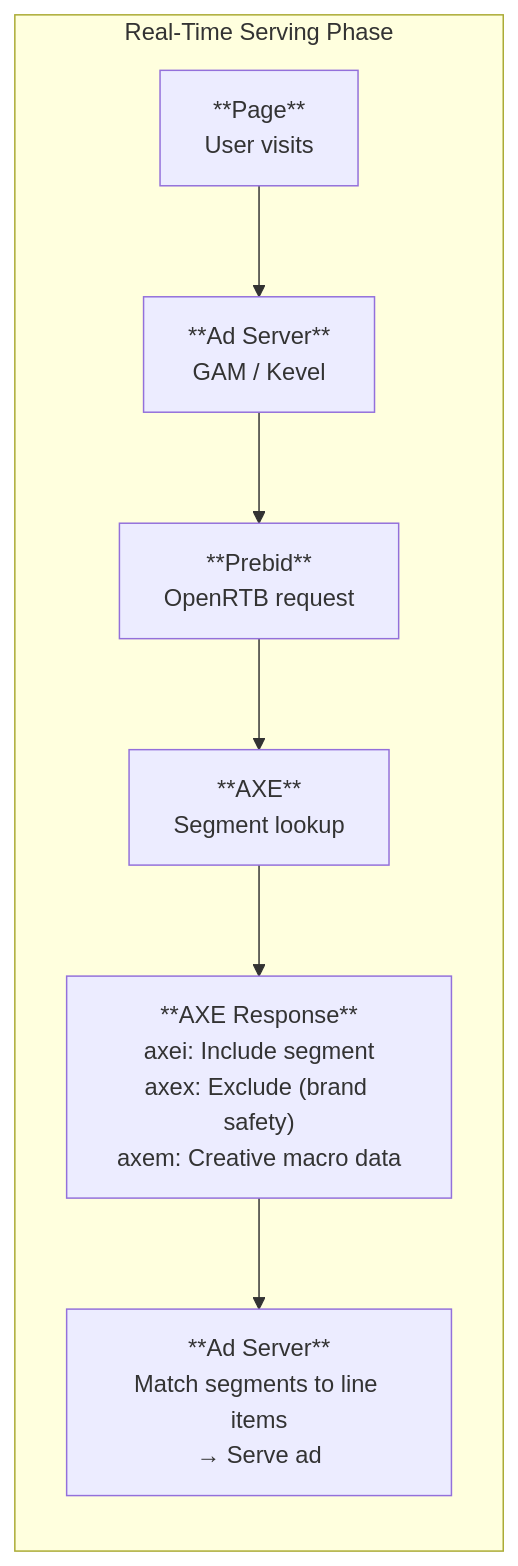
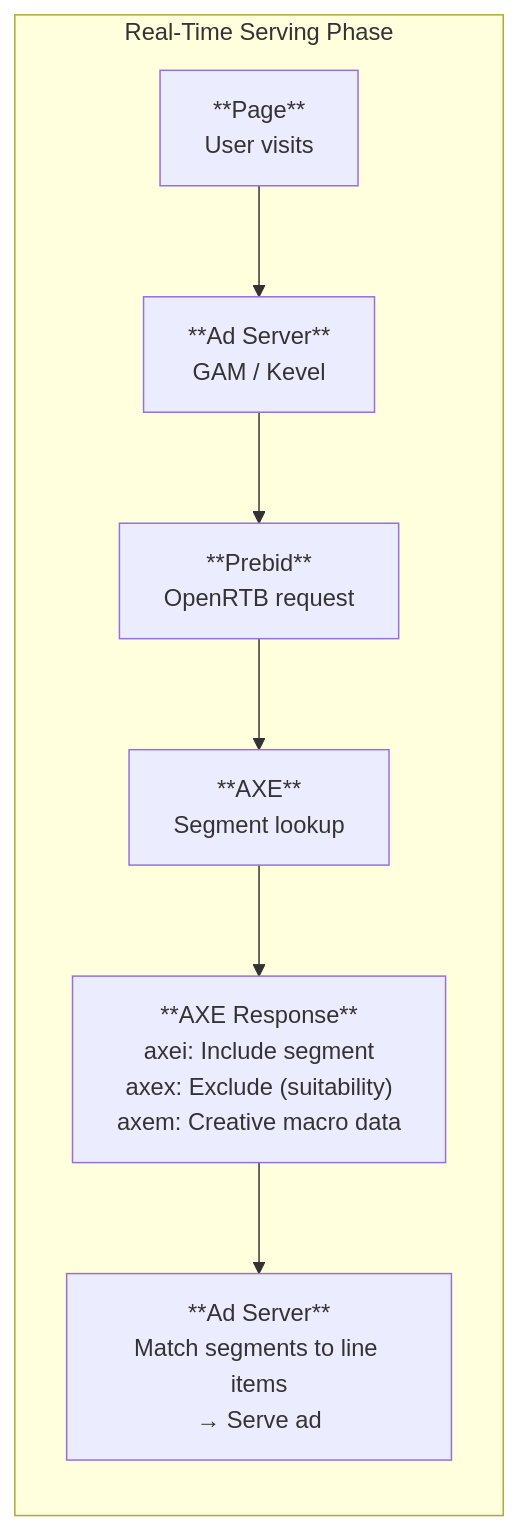
Before and after one commit to adcontextprotocol/adcp: the second of 2 diagrams in docs/media-buy/advanced-topics/agentic-execution-engine.mdx, drawn with Mermaid. The commit also changed other lines of this file and 21 other files, not shown here.

````diff
--- a/docs/media-buy/advanced-topics/agentic-execution-engine.mdx
+++ b/docs/media-buy/advanced-topics/agentic-execution-engine.mdx
@@ -44,21 +44,21 @@
 ```mermaid
 flowchart TB
     subgraph realtime["Real-Time Serving Phase"]
         direction TB
 
         page["**Page**<br/>User visits"]
         adserver1["**Ad Server**<br/>GAM / Kevel"]
         prebid["**Prebid**<br/>OpenRTB request"]
         axe["**AXE**<br/>Segment lookup"]
 
         page --> adserver1 --> prebid --> axe
 
-        axeresponse["**AXE Response**<br/>axei: Include segment<br/>axex: Exclude (brand safety)<br/>axem: Creative macro data"]
+        axeresponse["**AXE Response**<br/>axei: Include segment<br/>axex: Exclude (suitability)<br/>axem: Creative macro data"]
 
         axe --> axeresponse
 
         adserver2["**Ad Server**<br/>Match segments to line items<br/>→ Serve ad"]
 
         axeresponse --> adserver2
     end
 ```
````
